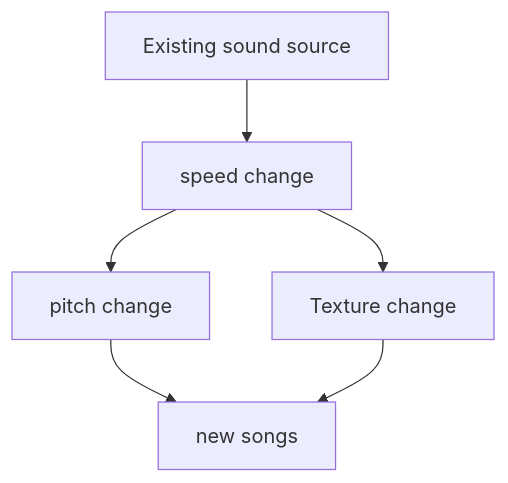
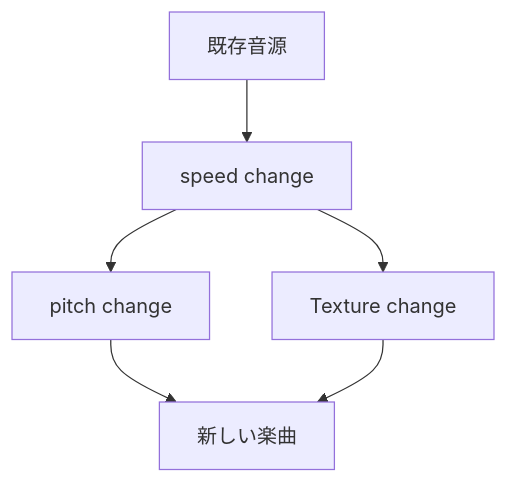
Before and after one commit to monumental-movement/monumental-movement.github.io: the third of 5 diagrams in en/_posts/2026-04-25-column-neu.md, drawn with Mermaid. The commit also changed other lines of this file and 2196 other files, not shown here.

```diff
--- a/en/_posts/2026-04-25-column-neu.md
+++ b/en/_posts/2026-04-25-column-neu.md
@@ -108,8 +108,8 @@
 <div class="mermaid">
 graph TD
-A[Existing sound source] --> B[speed change]
+A[既存音源] --> B[speed change]
 B --> C[pitch change]
 B --> D[Texture change]
-C --> E[new songs]
+C --> E[新しい楽曲]
 D --> E
 </div>
```
